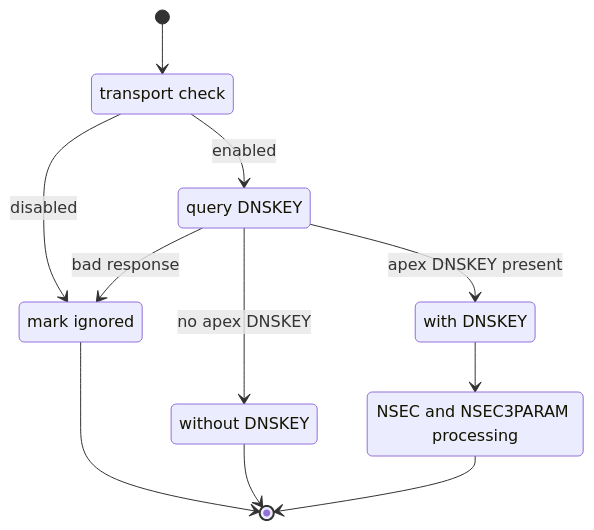
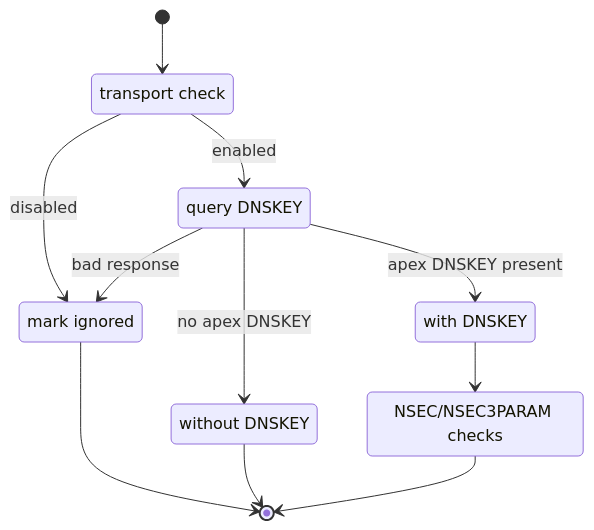
One commit to pawal/gonemaster changed the first of 4 diagrams in docs/specifications/tests/dnssec/dnssec10.md. Above: the diagram before and after it, drawn with Mermaid. The commit also changed other lines of this file and 3 other files, not shown here.

Commit message:
docs: shorten mermaid labels to avoid empty-box wrap rendering

```diff
--- a/docs/specifications/tests/dnssec/dnssec10.md
+++ b/docs/specifications/tests/dnssec/dnssec10.md
@@ -53,19 +53,19 @@
 {{< mermaid >}}
 stateDiagram-v2
     [*] --> transport
     transport : transport check
     transport --> ignored : disabled
     transport --> queryDNSKEY : enabled
     queryDNSKEY : query DNSKEY
     queryDNSKEY --> ignored : bad response
     queryDNSKEY --> noDNSKEY : no apex DNSKEY
     queryDNSKEY --> withDNSKEY : apex DNSKEY present
     ignored : mark ignored
     noDNSKEY : without DNSKEY
     withDNSKEY : with DNSKEY
     ignored --> [*]
     noDNSKEY --> [*]
     withDNSKEY --> nsecProc
-    nsecProc : NSEC and NSEC3PARAM processing
+    nsecProc : NSEC/NSEC3PARAM checks
     nsecProc --> [*]
 {{< /mermaid >}}
```
